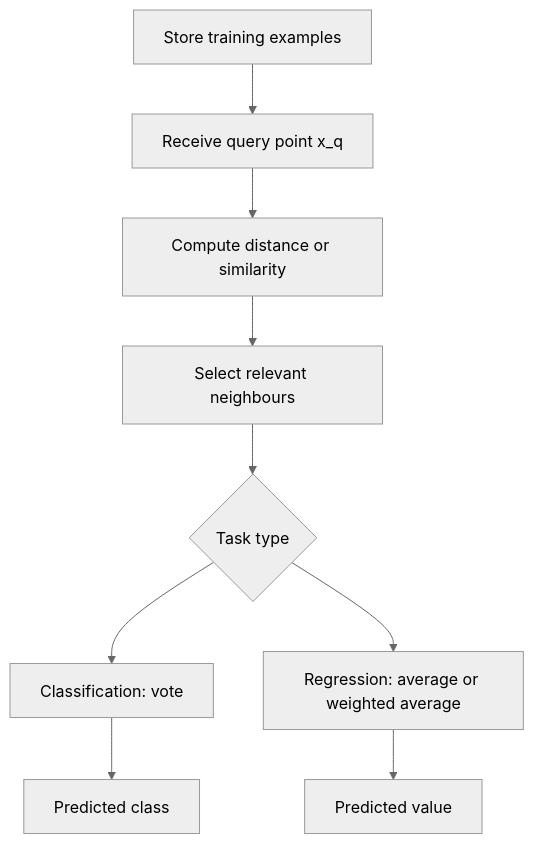
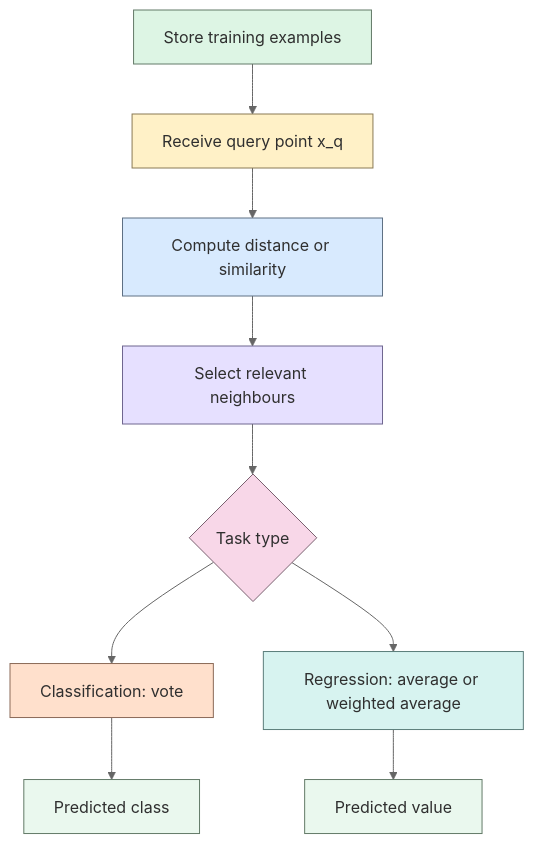
The third of 4 diagrams in content/docs/ai/machine-learning/06-instance-based-learning.md (arshadhs/arshadhs.github.io), drawn with Mermaid (neutral theme) before and after one commit. The commit also changed other lines of this file and 1 other file, not shown here.

```diff
--- a/content/docs/ai/machine-learning/06-instance-based-learning.md
+++ b/content/docs/ai/machine-learning/06-instance-based-learning.md
@@ -131,11 +149,21 @@
 {{< mermaid >}}
 flowchart TD
   A[Store training examples] --> B[Receive query point x_q]
   B --> C[Compute distance or similarity]
   C --> D[Select relevant neighbours]
   D --> E{Task type}
   E --> F[Classification: vote]
   E --> G[Regression: average or weighted average]
   F --> H[Predicted class]
   G --> I[Predicted value]
+  %% Pastel Styling
+  style A fill:#DDF5E4,stroke:#637A68,color:#2F2F2F
+  style B fill:#FFF1C7,stroke:#8A7A54,color:#2F2F2F
+  style C fill:#D8EAFE,stroke:#5E7084,color:#2F2F2F
+  style D fill:#E6E0FF,stroke:#6F6690,color:#2F2F2F
+  style E fill:#F8D7E8,stroke:#7A6170,color:#2F2F2F
+  style F fill:#FFE0CC,stroke:#8B6A58,color:#2F2F2F
+  style G fill:#D7F3F0,stroke:#5B7D7A,color:#2F2F2F
+  style H fill:#EAF8EE,stroke:#637A68,color:#2F2F2F
+  style I fill:#EAF8EE,stroke:#637A68,color:#2F2F2F
 {{< /mermaid >}}
```
